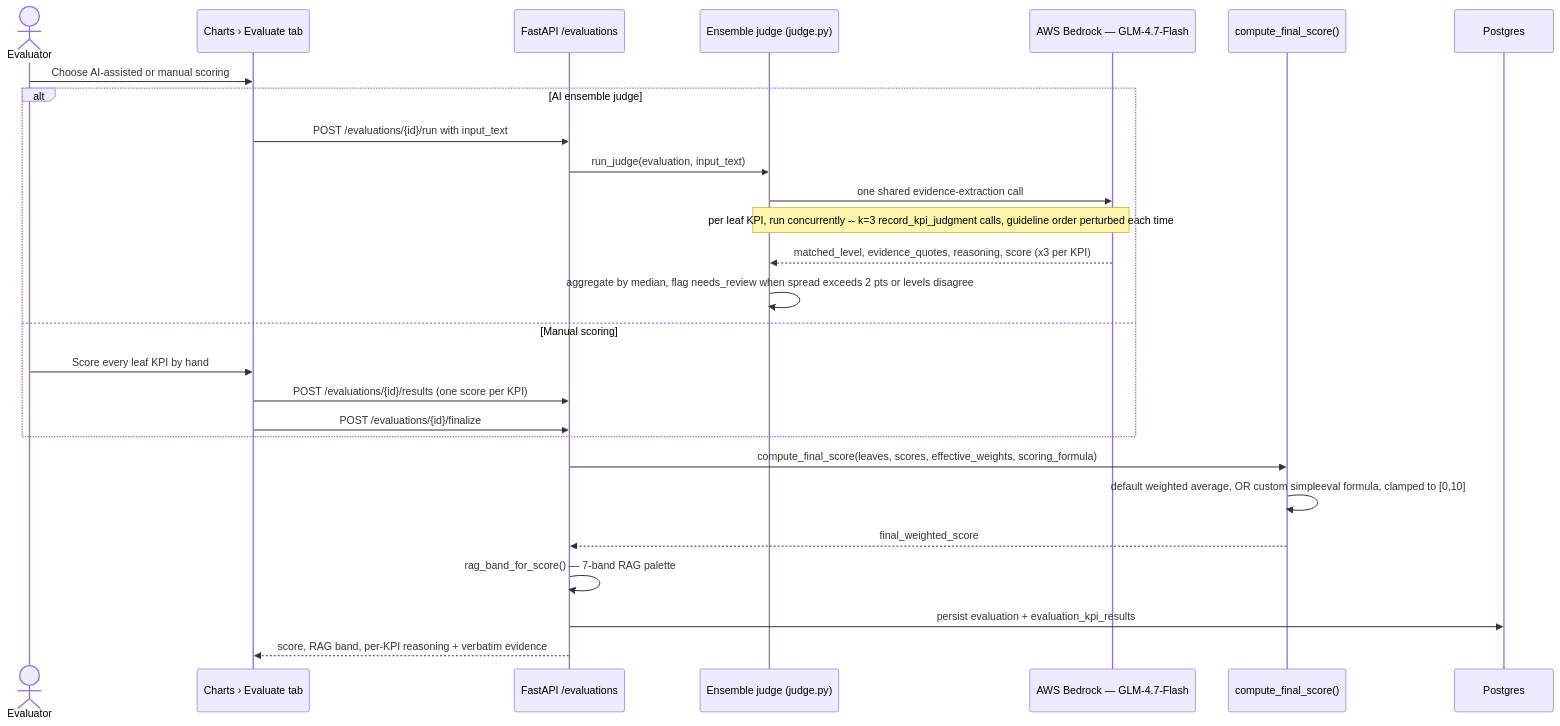
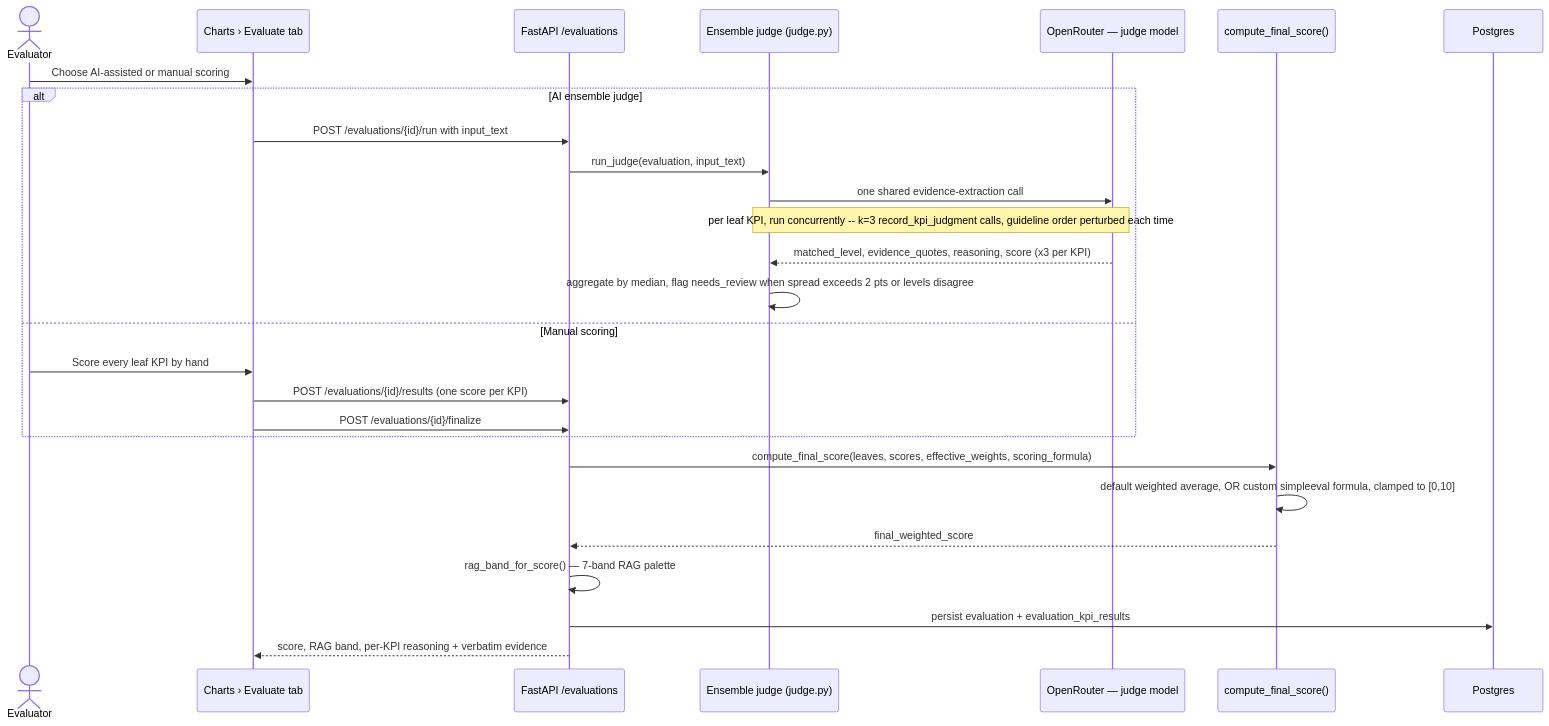
One commit to thearpankumar/ScoreSmith changed the sixth of 6 diagrams in README.md. Above: the diagram before and after it, drawn with Mermaid. The commit also changed other lines of this file and 50 other files, not shown here.

````diff
--- a/README.md
+++ b/README.md
@@ -413,30 +413,30 @@
 ```mermaid
 sequenceDiagram
     actor Evaluator
     participant UI as Charts › Evaluate tab
     participant API as FastAPI /evaluations
     participant Judge as Ensemble judge (judge.py)
-    participant Bedrock as AWS Bedrock — GLM-4.7-Flash
+    participant Bedrock as OpenRouter — judge model
     participant Formula as compute_final_score()
     participant DB as Postgres
 
     Evaluator->>UI: Choose AI-assisted or manual scoring
     alt AI ensemble judge
         UI->>API: POST /evaluations/{id}/run with input_text
         API->>Judge: run_judge(evaluation, input_text)
         Judge->>Bedrock: one shared evidence-extraction call
         Note over Judge,Bedrock: per leaf KPI, run concurrently -- k=3 record_kpi_judgment calls, guideline order perturbed each time
         Bedrock-->>Judge: matched_level, evidence_quotes, reasoning, score (x3 per KPI)
         Judge->>Judge: aggregate by median, flag needs_review when spread exceeds 2 pts or levels disagree
     else Manual scoring
         Evaluator->>UI: Score every leaf KPI by hand
         UI->>API: POST /evaluations/{id}/results  (one score per KPI)
         UI->>API: POST /evaluations/{id}/finalize
     end
     API->>Formula: compute_final_score(leaves, scores, effective_weights, scoring_formula)
     Formula->>Formula: default weighted average, OR custom simpleeval formula, clamped to [0,10]
     Formula-->>API: final_weighted_score
     API->>API: rag_band_for_score() — 7-band RAG palette
     API->>DB: persist evaluation + evaluation_kpi_results
     API-->>UI: score, RAG band, per-KPI reasoning + verbatim evidence
 ```
````
